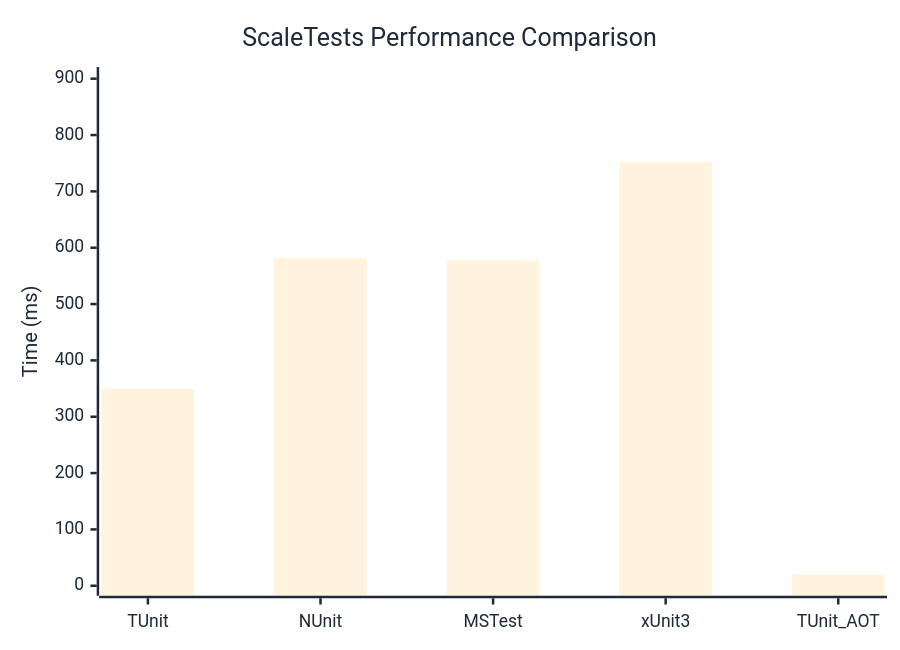
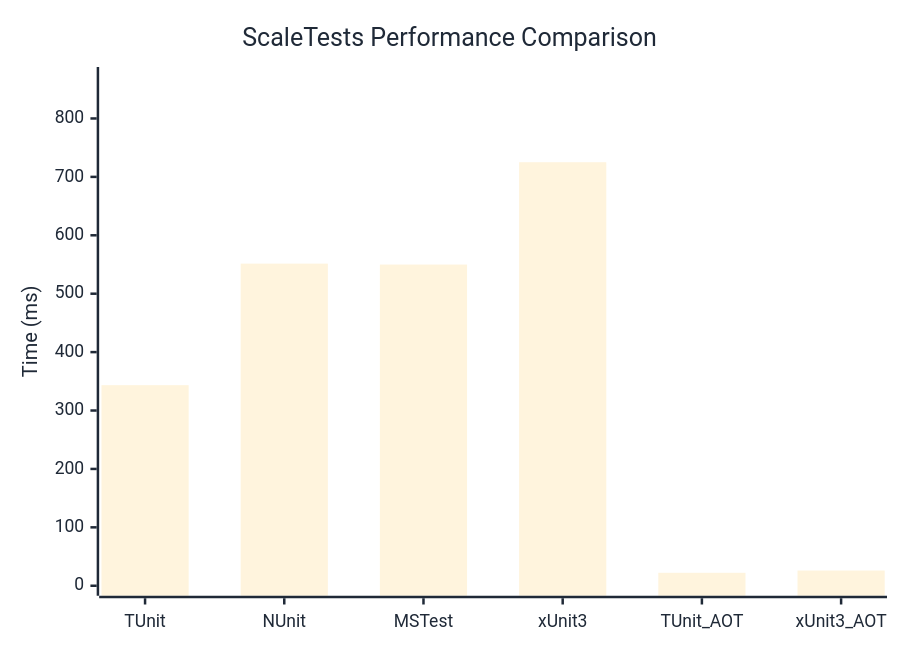
Before and after one commit to thomhurst/TUnit: the diagram in docs/docs/benchmarks/engine/ScaleTests.md, drawn with Mermaid. The commit also changed other lines of this file and 18 other files, not shown here.

````diff
--- a/docs/docs/benchmarks/engine/ScaleTests.md
+++ b/docs/docs/benchmarks/engine/ScaleTests.md
@@ -29,37 +30,37 @@
 ```mermaid
 %%{init: {
   'theme':'base',
   'themeVariables': {
     'primaryColor': '#2563eb',
     'primaryTextColor': '#1f2937',
     'primaryBorderColor': '#1e40af',
     'lineColor': '#6b7280',
     'secondaryColor': '#7c3aed',
     'tertiaryColor': '#dc2626',
     'background': '#ffffff',
     'mainBkg': '#2563eb',
     'secondBkg': '#7c3aed',
     'tertiaryBkg': '#dc2626',
     'clusterBkg': '#f3f4f6',
     'edgeLabelBackground': '#ffffff',
     'tertiaryTextColor': '#1f2937',
     'pie1': '#2563eb',
     'pie2': '#7c3aed',
     'pie3': '#dc2626',
     'pie4': '#f59e0b',
     'pie5': '#10b981',
     'pie6': '#06b6d4',
     'pie7': '#ec4899',
     'pie8': '#6366f1',
     'pie9': '#84cc16',
     'pie10': '#f97316',
     'pie11': '#14b8a6',
     'pie12': '#a855f7'
   }
 }}%%
 xychart-beta
   title "ScaleTests Performance Comparison"
-  x-axis ["TUnit", "NUnit", "MSTest", "xUnit3", "TUnit_AOT"]
-  y-axis "Time (ms)" 0 --> 903
-  bar [349.5, 581.67, 577.69, 752.17, 19.74]
+  x-axis ["TUnit", "NUnit", "MSTest", "xUnit3", "TUnit_AOT", "xUnit3_AOT"]
+  y-axis "Time (ms)" 0 --> 871
+  bar [343.4, 551.49, 549.9, 725.09, 22.19, 26.04]
 ```
````
